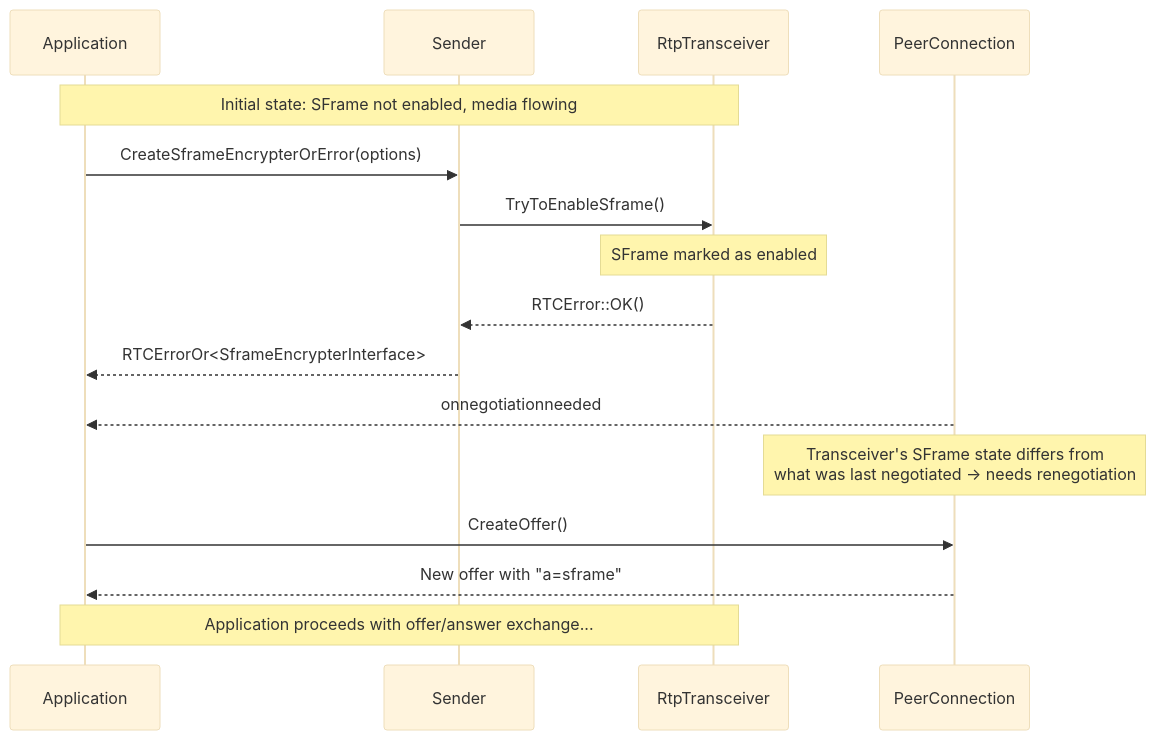
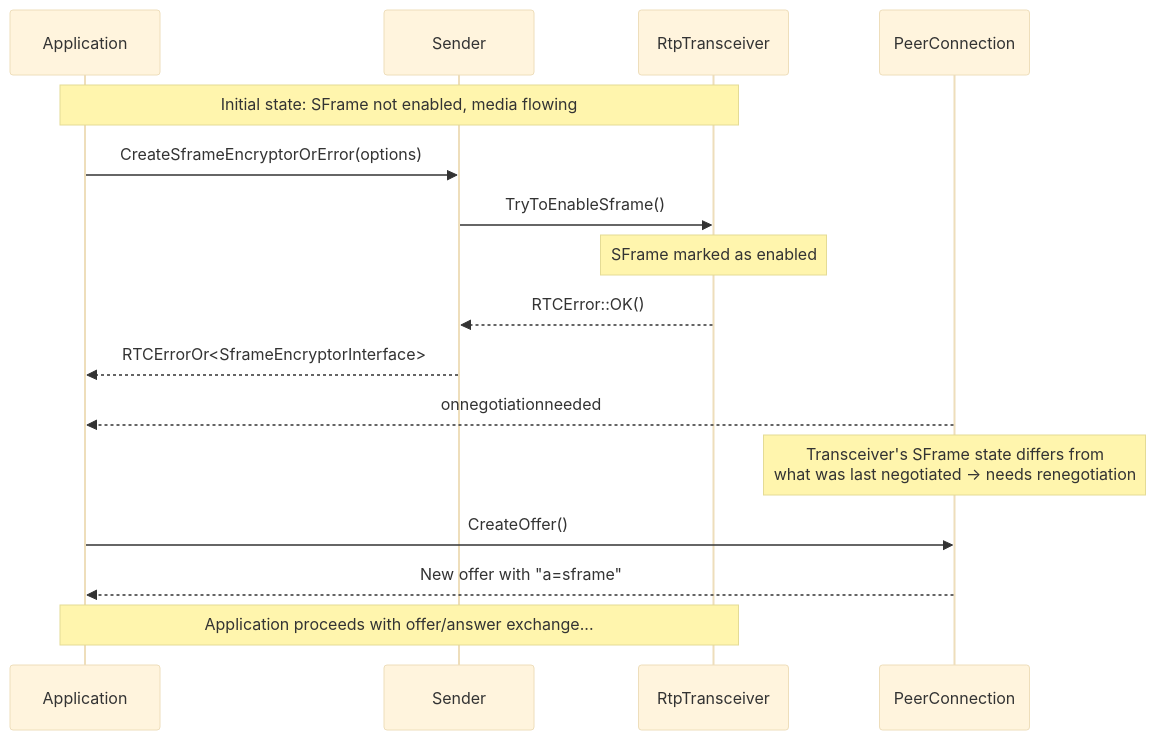
Before and after one commit to webex/webrtc-sframe: the fifth of 6 diagrams in negotiation.md, drawn with Mermaid (base theme). The commit also changed other lines of this file and 3 other files, not shown here.

Commit message:
sframe architecture docs

````diff
--- a/negotiation.md
+++ b/negotiation.md
@@ -331,23 +331,23 @@
 ```mermaid
 sequenceDiagram
     participant App as Application
     participant S as Sender
     participant T as RtpTransceiver
     participant PC as PeerConnection
 
     Note over App,T: Initial state: SFrame not enabled, media flowing
 
-    App->>S: CreateSframeEncrypterOrError(options)
+    App->>S: CreateSframeEncryptorOrError(options)
     S->>T: TryToEnableSframe()
     Note over T: SFrame marked as enabled
     T-->>S: RTCError::OK()
-    S-->>App: RTCErrorOr<SframeEncrypterInterface>
+    S-->>App: RTCErrorOr<SframeEncryptorInterface>
 
     PC-->>App: onnegotiationneeded
     Note over PC: Transceiver's SFrame state differs from<br/>what was last negotiated → needs renegotiation
 
     App->>PC: CreateOffer()
     PC-->>App: New offer with "a=sframe"
 
     Note over App,T: Application proceeds with offer/answer exchange...
 ```
````
